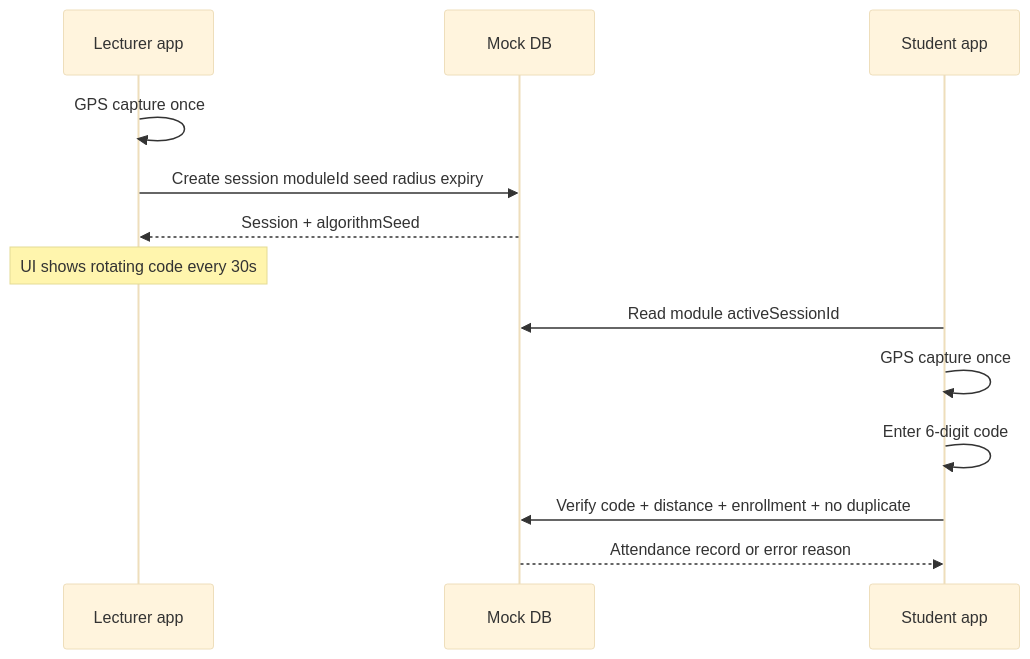
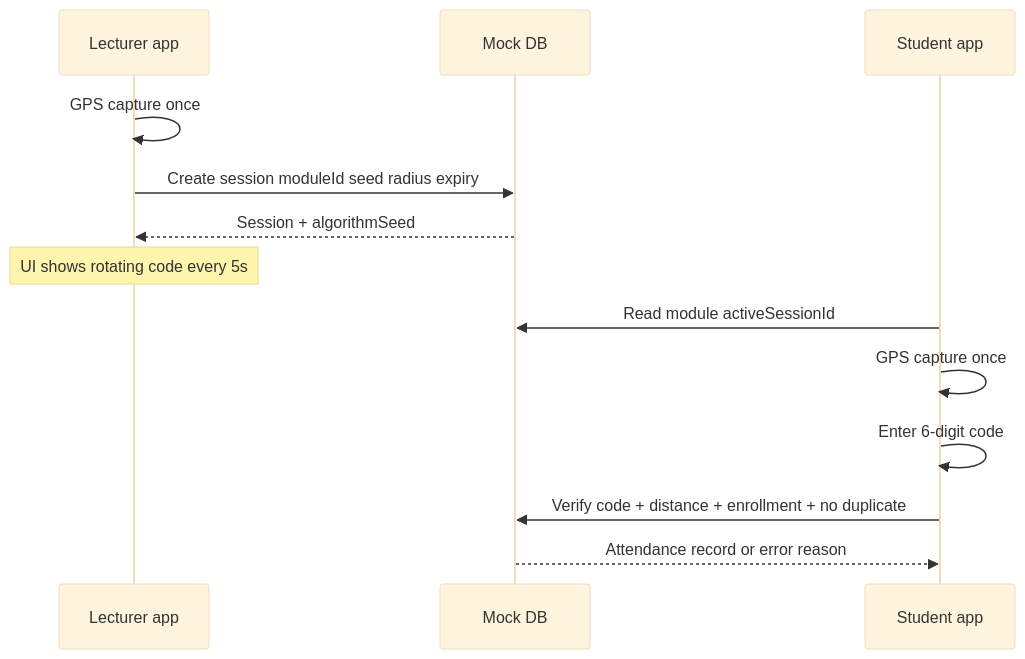
One commit to answer-mthombe/STARS_LITE changed the second of 3 diagrams in README.md. Above: the diagram before and after it, drawn with Mermaid (base theme). The commit also changed other lines of this file and 60 other files, not shown here.

````diff
--- a/README.md
+++ b/README.md
@@ -81,17 +83,17 @@
 ```mermaid
 sequenceDiagram
   participant L as Lecturer app
   participant DB as Mock DB
   participant S as Student app
 
   L->>L: GPS capture once
   L->>DB: Create session moduleId seed radius expiry
   DB-->>L: Session + algorithmSeed
-  Note over L: UI shows rotating code every 30s
+  Note over L: UI shows rotating code every 5s
 
   S->>DB: Read module activeSessionId
   S->>S: GPS capture once
   S->>S: Enter 6-digit code
   S->>DB: Verify code + distance + enrollment + no duplicate
   DB-->>S: Attendance record or error reason
 ```
````
